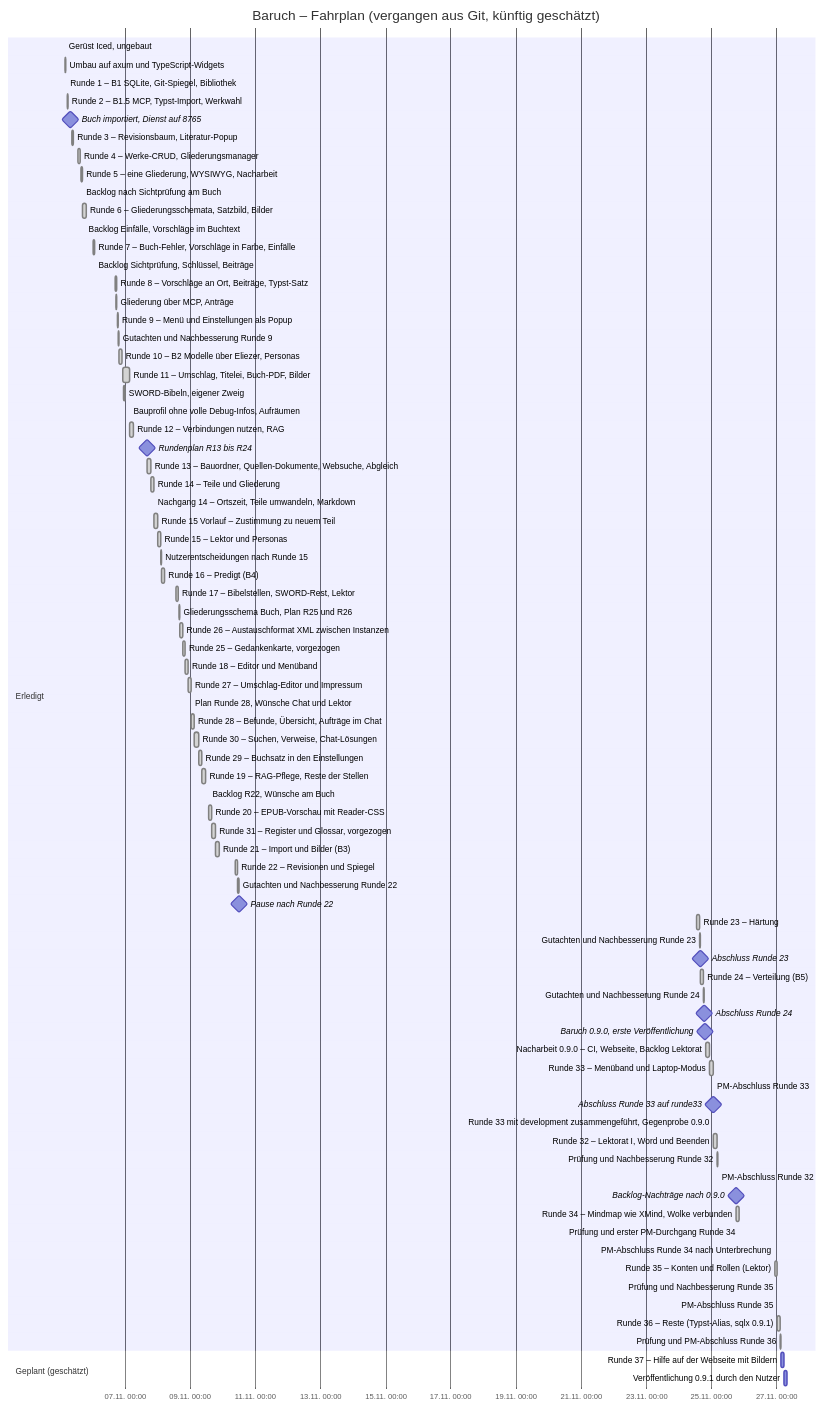
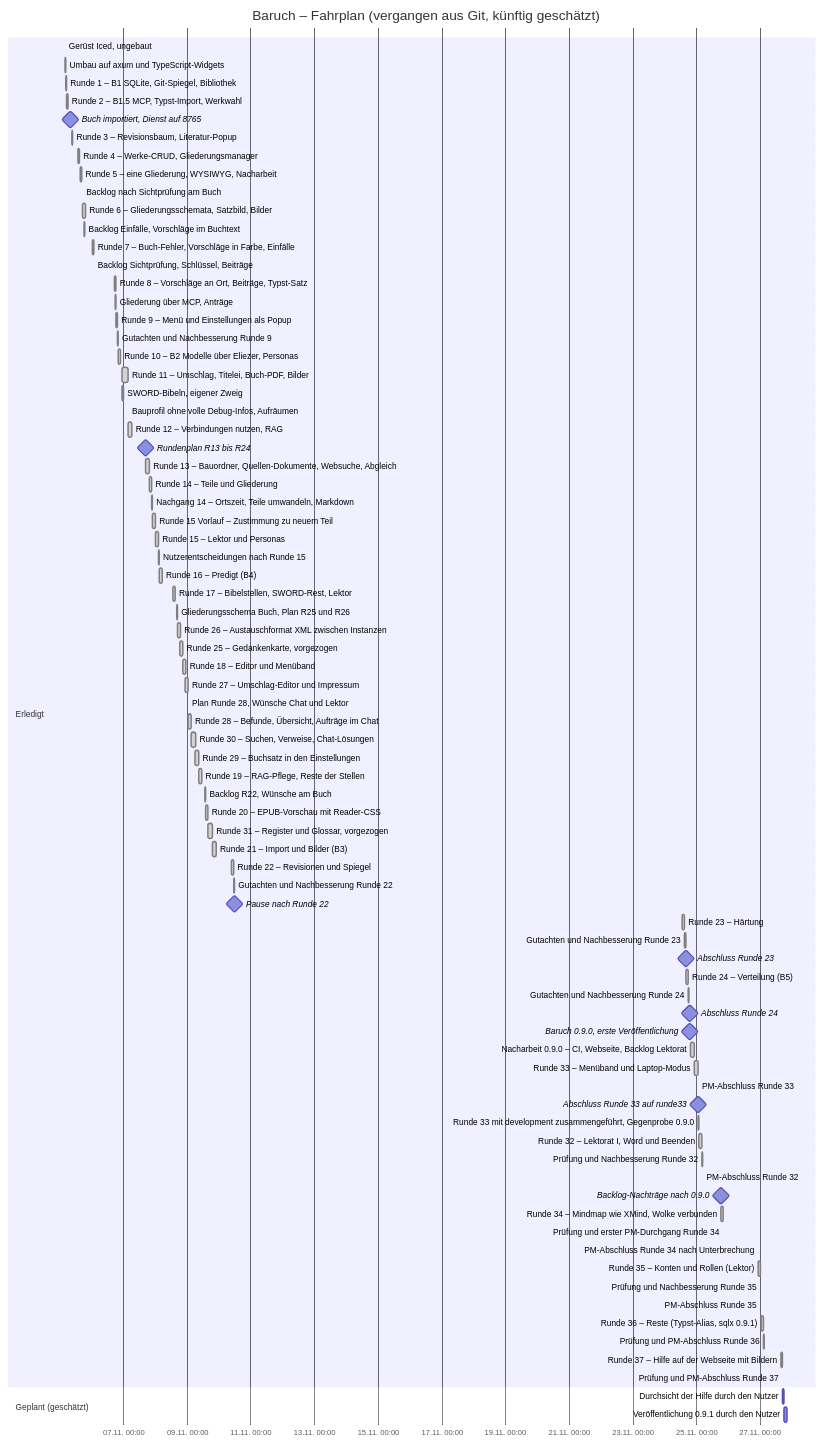
One commit to Beerlesklopfer/baruch changed the diagram in docs/Fahrplan.md. Above: the diagram before and after it, drawn with Mermaid. The commit also changed other lines of this file and 6 other files, not shown here.

First line of the commit message:
PM-Abschluss Runde 37: Fahrplan (Runde 37 = Hilfe auf der Webseite erledigt; Durchsicht und 0.9.1 neu geschätzt), Backlog und HANDOFF nachgeführt, zwei niedrige Befunde behoben

````diff
--- a/docs/Fahrplan.md
+++ b/docs/Fahrplan.md
@@ -94,7 +94,10 @@
     Runde 36 – Reste (Typst-Alias, sqlx 0.9.1)    :done, r36, 2026-11-27 00:39, 133m
     Prüfung und PM-Abschluss Runde 36             :done, r36p, 2026-11-27 02:52, 20m
 
+    Runde 37 – Hilfe auf der Webseite mit Bildern :done, r37, 2026-11-27 15:38, 79m
+    Prüfung und PM-Abschluss Runde 37             :done, r37p, 2026-11-27 16:57, 15m
+
     section Geplant (geschätzt)
-    Runde 37 – Hilfe auf der Webseite mit Bildern :r37, after r36p, 150m
-    Veröffentlichung 0.9.1 durch den Nutzer       :rel091, after r37, 120m
+    Durchsicht der Hilfe durch den Nutzer         :dh37, after r37p, 60m
+    Veröffentlichung 0.9.1 durch den Nutzer       :rel091, after dh37, 130m
 ```
````
